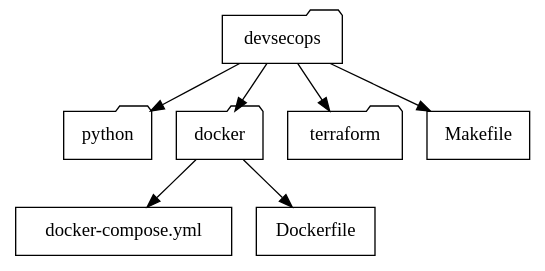
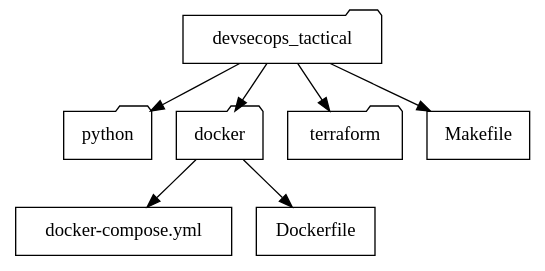
The diagram in book/dot/makefile.dot (ajcborges/devsecops-tactical-workbook), drawn with Graphviz before and after one commit. The commit also changed 30 other files, not shown here.

```diff
--- a/book/dot/makefile.dot
+++ b/book/dot/makefile.dot
@@ -1,18 +1,18 @@
 digraph makefile {
 node [shape=rectangle];
 
-devsecops [shape=folder label="devsecops"];
+devsecops [shape=folder label="devsecops_tactical"];
 python [shape=folder label="python"];
 docker [shape=folder label="docker"];
 terraform [shape=folder label="terraform"];
 Makefile [label="Makefile"];
 comp [label="docker-compose.yml"];
 Dockerfile [label="Dockerfile"];
 
 devsecops -> python;
 devsecops -> terraform;
 devsecops -> docker;
 devsecops -> Makefile;
 docker -> Dockerfile;
 docker -> comp;
 }
```
